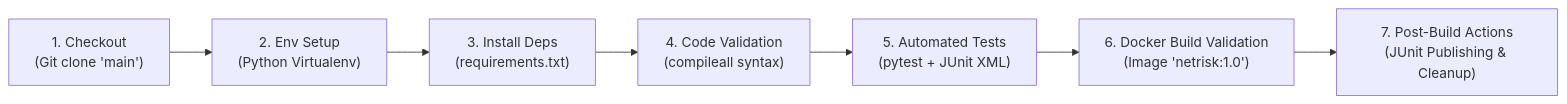
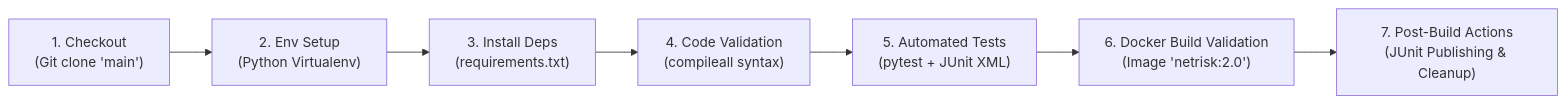
Before and after one commit to KalpitaGharat/NetRisk: the diagram in JENKINS.md, drawn with Mermaid. The commit also changed other lines of this file and 16 other files, not shown here.

````diff
--- a/JENKINS.md
+++ b/JENKINS.md
@@ -11,9 +11,9 @@
 ```mermaid
 flowchart LR
     A["1. Checkout<br/>(Git clone 'main')"] --> B["2. Env Setup<br/>(Python Virtualenv)"]
     B --> C["3. Install Deps<br/>(requirements.txt)"]
     C --> D["4. Code Validation<br/>(compileall syntax)"]
     D --> E["5. Automated Tests<br/>(pytest + JUnit XML)"]
-    E --> F["6. Docker Build Validation<br/>(Image 'netrisk:1.0')"]
+    E --> F["6. Docker Build Validation<br/>(Image 'netrisk:2.0')"]
     F --> G["7. Post-Build Actions<br/>(JUnit Publishing & Cleanup)"]
 ```
````
